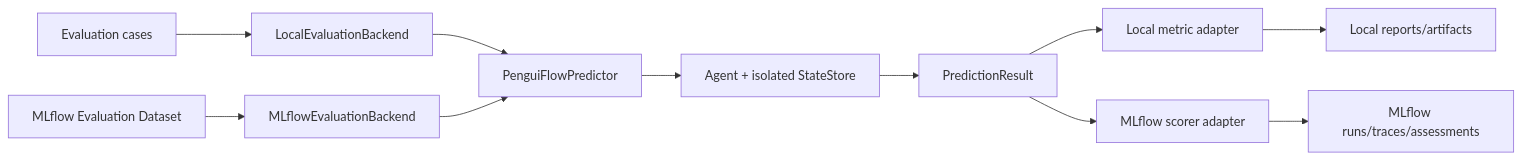
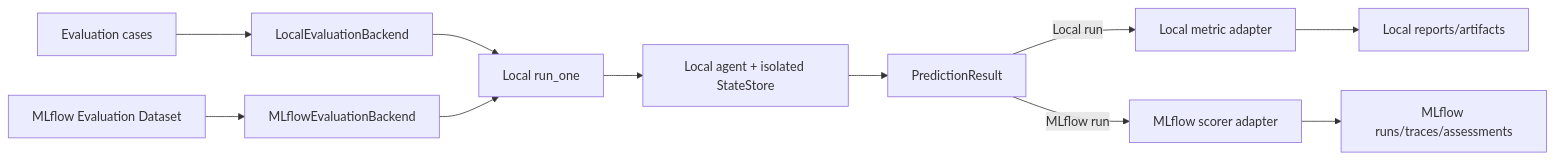
One commit to GMartin-dev/penguiflow changed the diagram in docs/proposals/DUAL_LOCAL_MLFLOW_EVALUATION_BACKENDS.md. Above: the diagram before and after it, drawn with Mermaid. The commit also changed other lines of this file and 4 other files, not shown here.

Commit message:
Nomenclature update, new info-graphic.

````diff
--- a/docs/proposals/DUAL_LOCAL_MLFLOW_EVALUATION_BACKENDS.md
+++ b/docs/proposals/DUAL_LOCAL_MLFLOW_EVALUATION_BACKENDS.md
@@ -520,17 +519,17 @@
 ```mermaid
 graph LR
     C[Evaluation cases] --> L[LocalEvaluationBackend]
     D[MLflow Evaluation Dataset] --> M[MLflowEvaluationBackend]
 
-    L --> P[PenguiFlowPredictor]
+    L --> P[Local run_one]
     M --> P
 
-    P --> A[Agent + isolated StateStore]
+    P --> A[Local agent + isolated StateStore]
     A --> R[PredictionResult]
 
-    R --> LM[Local metric adapter]
-    R --> MS[MLflow scorer adapter]
+    R -->|Local run| LM[Local metric adapter]
+    R -->|MLflow run| MS[MLflow scorer adapter]
 
     LM --> LR[Local reports/artifacts]
     MS --> MR[MLflow runs/traces/assessments]
 ```
````
